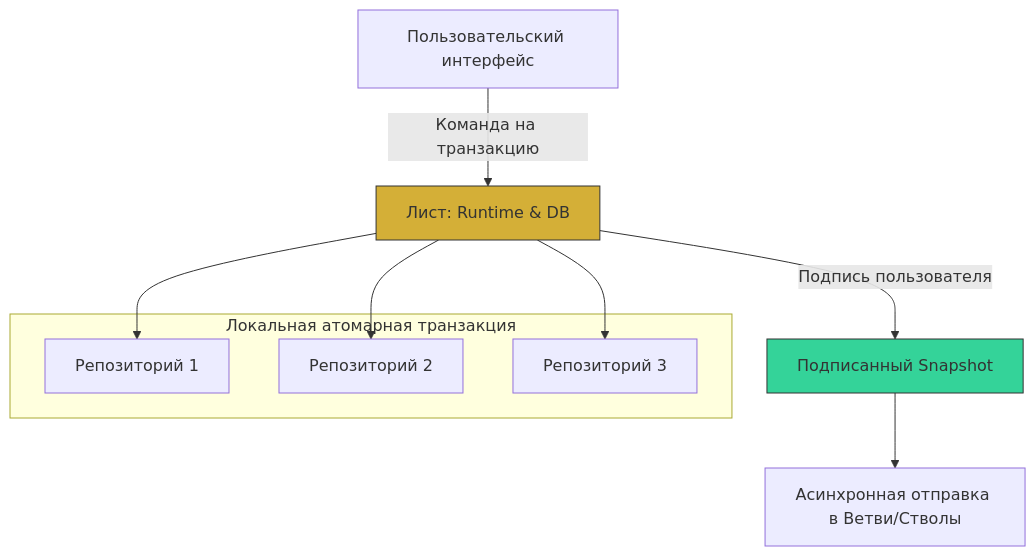
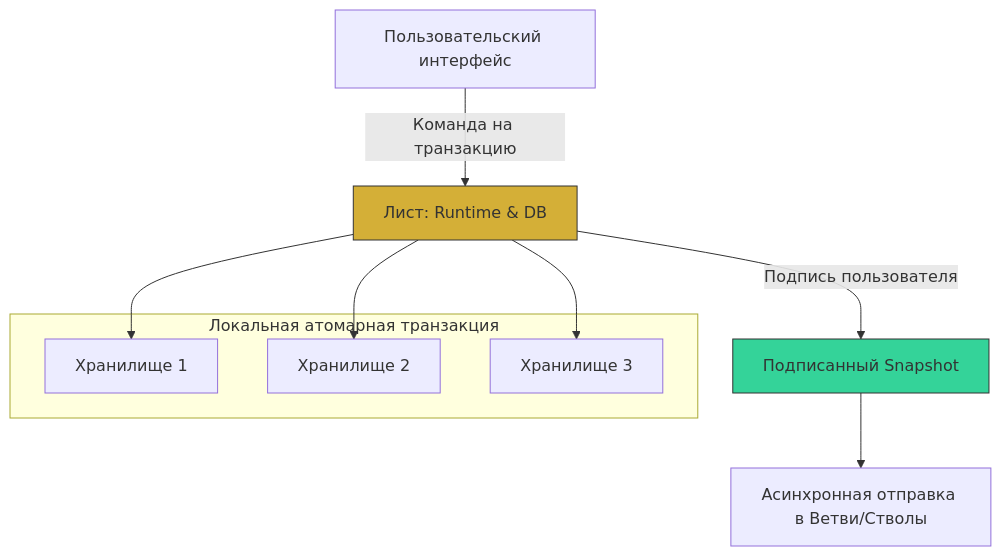
Diagram 28 of 51 in shared_docs/Технический документ платформы Турбаза.md (Data-Independence-Network/presentations), drawn with Mermaid before and after one commit. The commit also changed other lines of this file and 8 other files, not shown here.

````diff
--- a/shared_docs/Технический документ платформы Турбаза.md
+++ b/shared_docs/Технический документ платформы Турбаза.md
@@ -722,20 +722,20 @@
 ```mermaid
 graph TD
     UI[Пользовательский интерфейс] -->|Команда на транзакцию| Leaf[Лист: Runtime & DB]
     
     subgraph Local_Atomic_Update [Локальная атомарная транзакция]
-        R1[Репозиторий 1]
-        R2[Репозиторий 2]
-        R3[Репозиторий 3]
+        R1[Хранилище 1]
+        R2[Хранилище 2]
+        R3[Хранилище 3]
     end
     
     Leaf --> R1
     Leaf --> R2
     Leaf --> R3
     
     Leaf -->|Подпись пользователя| Final[Подписанный Snapshot]
     Final --> Sync[Асинхронная отправка в Ветви/Стволы]
     
     style Leaf fill:#D4AF37,stroke:#333
     style Final fill:#34D399,stroke:#333
 ```
````
